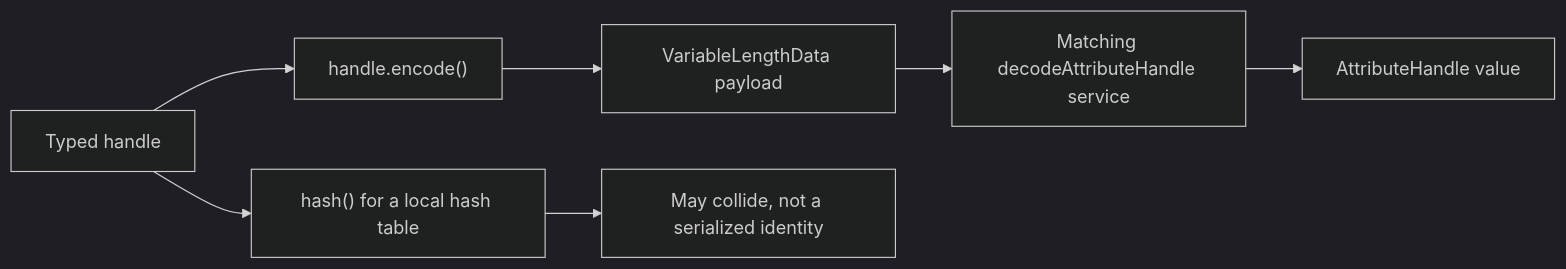
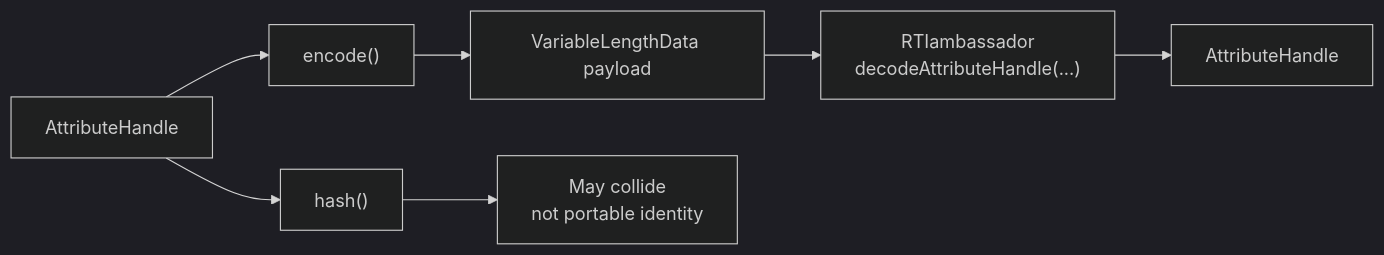
Before and after one commit to sheepfling/umbra: the sixth of 7 diagrams in docs/design/HLA-2025-NAME-AND-HANDLE-RESOLUTION-FLOW-GUIDE.md, drawn with Mermaid (dark theme). The commit also changed other lines of this file and 822 other files, not shown here.

````diff
--- a/docs/design/HLA-2025-NAME-AND-HANDLE-RESOLUTION-FLOW-GUIDE.md
+++ b/docs/design/HLA-2025-NAME-AND-HANDLE-RESOLUTION-FLOW-GUIDE.md
@@ -162,9 +222,9 @@
 ```mermaid
 flowchart LR
-    A["Typed handle"] --> B["handle.encode()"]
+    A["AttributeHandle"] --> B["encode()"]
     B --> C["VariableLengthData payload"]
-    C --> D["Matching decodeAttributeHandle service"]
-    D --> E["AttributeHandle value"]
-    A --> F["hash() for a local hash table"]
-    F --> G["May collide, not a serialized identity"]
+    C --> D["RTIambassador<br/>decodeAttributeHandle(...)"]
+    D --> E["AttributeHandle"]
+    A --> F["hash()"]
+    F --> G["May collide<br/>not portable identity"]
 ```
````
